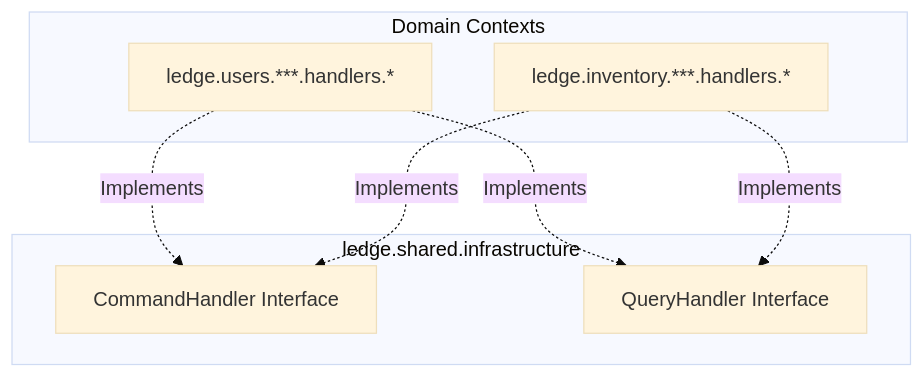
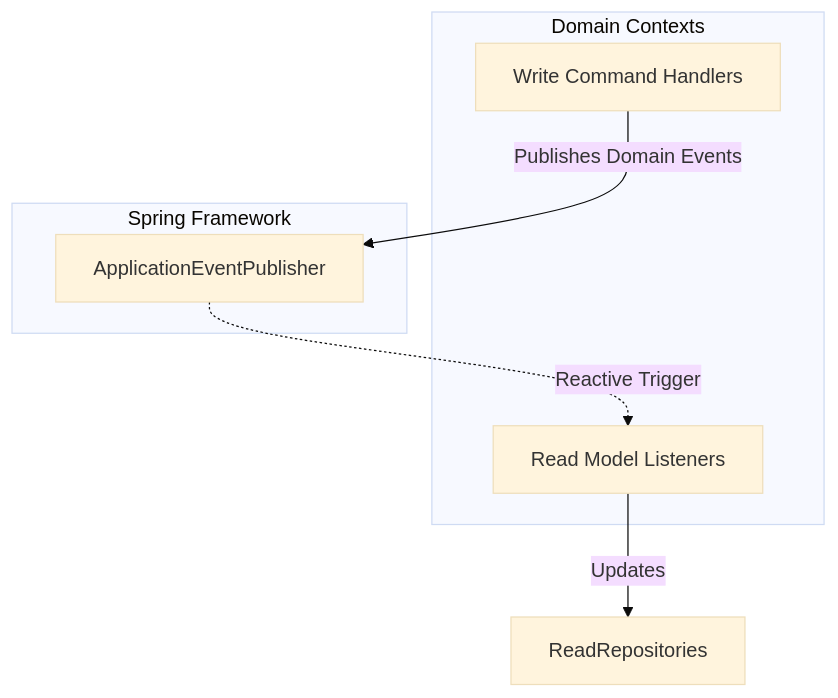
One commit to fahad-accordion-23/inventory-manager changed the fourth of 4 diagrams in docs/dependencies.md. Above: the diagram before and after it, drawn with Mermaid (base theme). The commit also changed other lines of this file and 2 other files, not shown here.

Commit message:
docs: update architecture and dependency documentation

````diff
--- a/docs/dependencies.md
+++ b/docs/dependencies.md
@@ -140,18 +128,15 @@
 ```mermaid
 graph TD
     subgraph Domain Contexts
-        UserHandlers[ledge.users.***.handlers.*]
-        InvHandlers[ledge.inventory.***.handlers.*]
+        WHandlers[Write Command Handlers]
+        SyncListeners[Read Model Listeners]
     end
 
-    subgraph ledge.shared.infrastructure
-        CommandHandler[CommandHandler Interface]
-        QueryHandler[QueryHandler Interface]
+    subgraph Spring Framework
+        EventBus[ApplicationEventPublisher]
     end
 
-    UserHandlers -.->|Implements| CommandHandler
-    UserHandlers -.->|Implements| QueryHandler
-    
-    InvHandlers -.->|Implements| CommandHandler
-    InvHandlers -.->|Implements| QueryHandler
+    WHandlers -->|Publishes Domain Events| EventBus
+    EventBus -.->|Reactive Trigger| SyncListeners
+    SyncListeners -->|Updates| ReadRepositories
 ```
````
